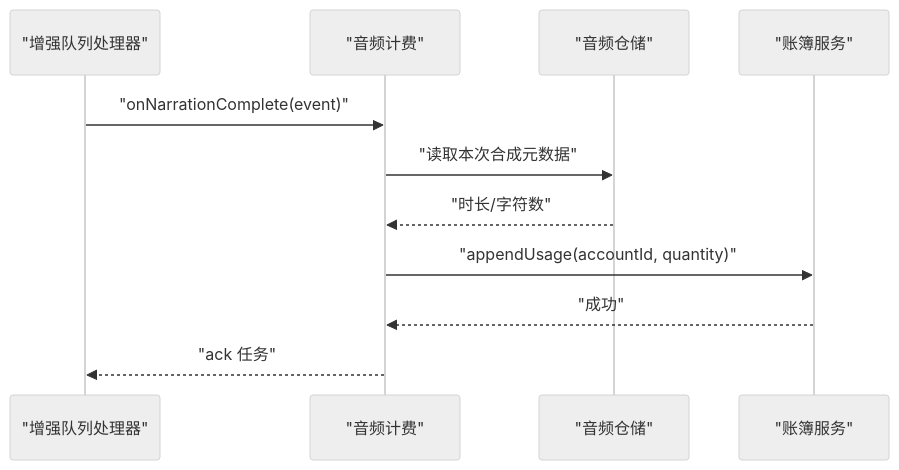
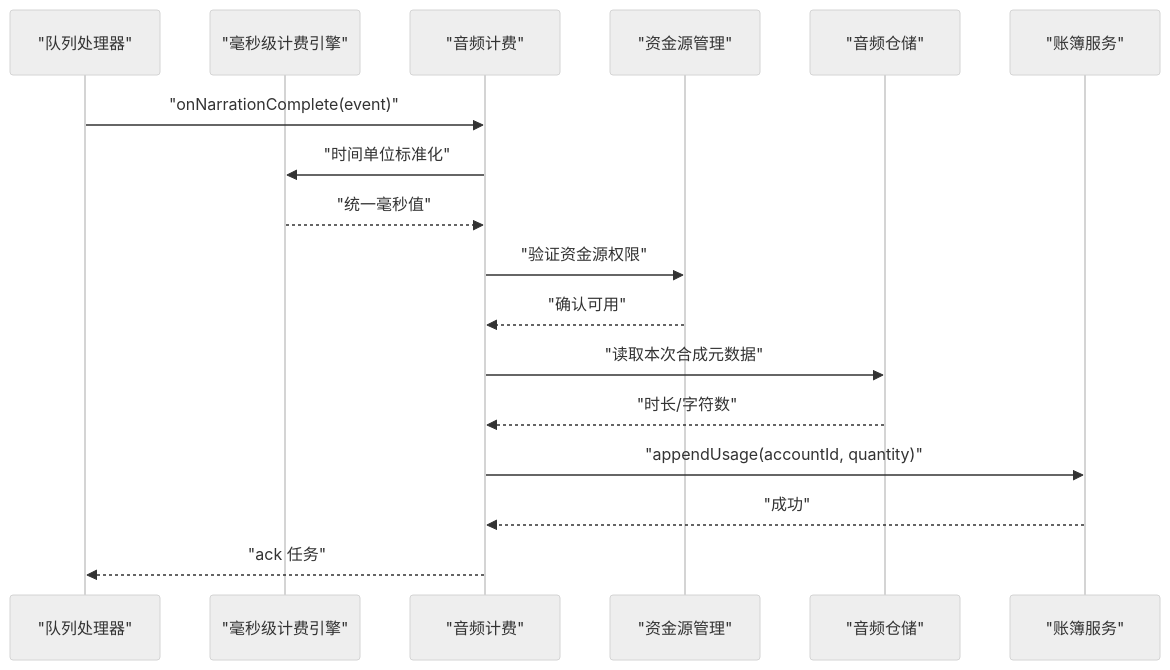
One commit to scottcwy/PurpleInk changed diagram 14 of 16 in .qoder/repowiki/zh/content/项目概述/计费配置/计费和会计账簿系统.md. Above: the diagram before and after it, drawn with Mermaid (neutral theme). The commit also changed other lines of this file and 37 other files, not shown here.

````diff
--- a/.qoder/repowiki/zh/content/项目概述/计费配置/计费和会计账簿系统.md
+++ b/.qoder/repowiki/zh/content/项目概述/计费配置/计费和会计账簿系统.md
@@ -538,13 +638,19 @@
 ```mermaid
 sequenceDiagram
-participant Queue as "增强队列处理器"
+participant Queue as "队列处理器"
+participant MillisecondEngine as "毫秒级计费引擎"
 participant Billing as "音频计费"
+participant Funding as "资金源管理"
 participant Repo as "音频仓储"
 participant Ledger as "账簿服务"
 Queue->>Billing : "onNarrationComplete(event)"
+Billing->>MillisecondEngine : "时间单位标准化"
+MillisecondEngine-->>Billing : "统一毫秒值"
+Billing->>Funding : "验证资金源权限"
+Funding-->>Billing : "确认可用"
 Billing->>Repo : "读取本次合成元数据"
 Repo-->>Billing : "时长/字符数"
 Billing->>Ledger : "appendUsage(accountId, quantity)"
 Ledger-->>Billing : "成功"
 Billing-->>Queue : "ack 任务"
 ```
````
